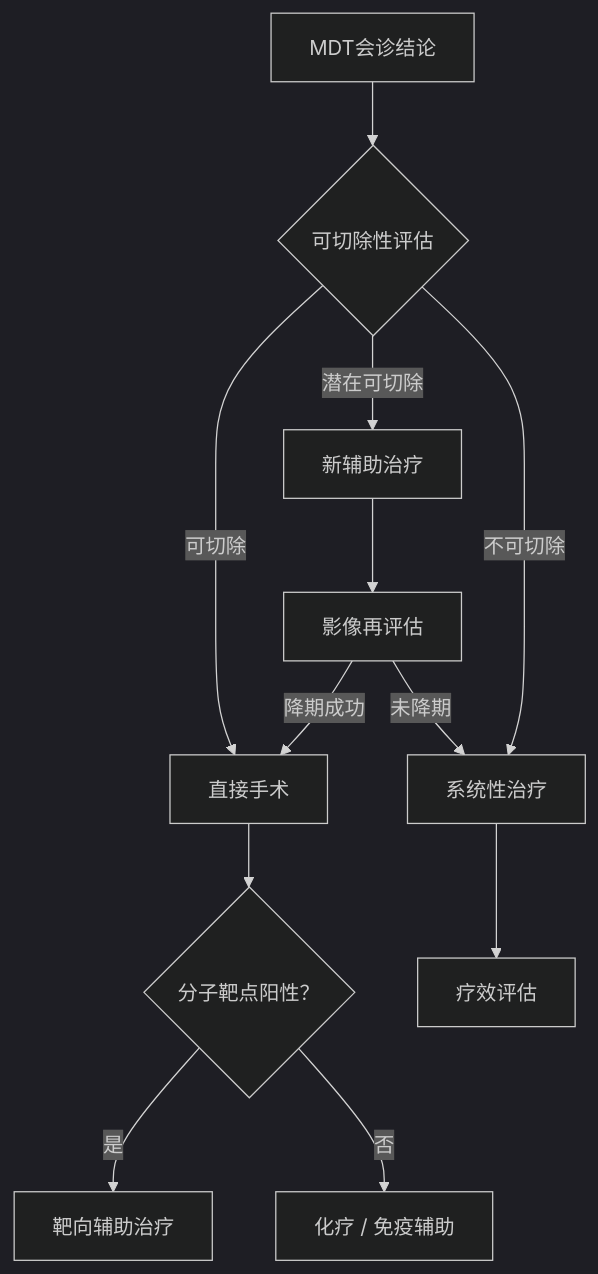
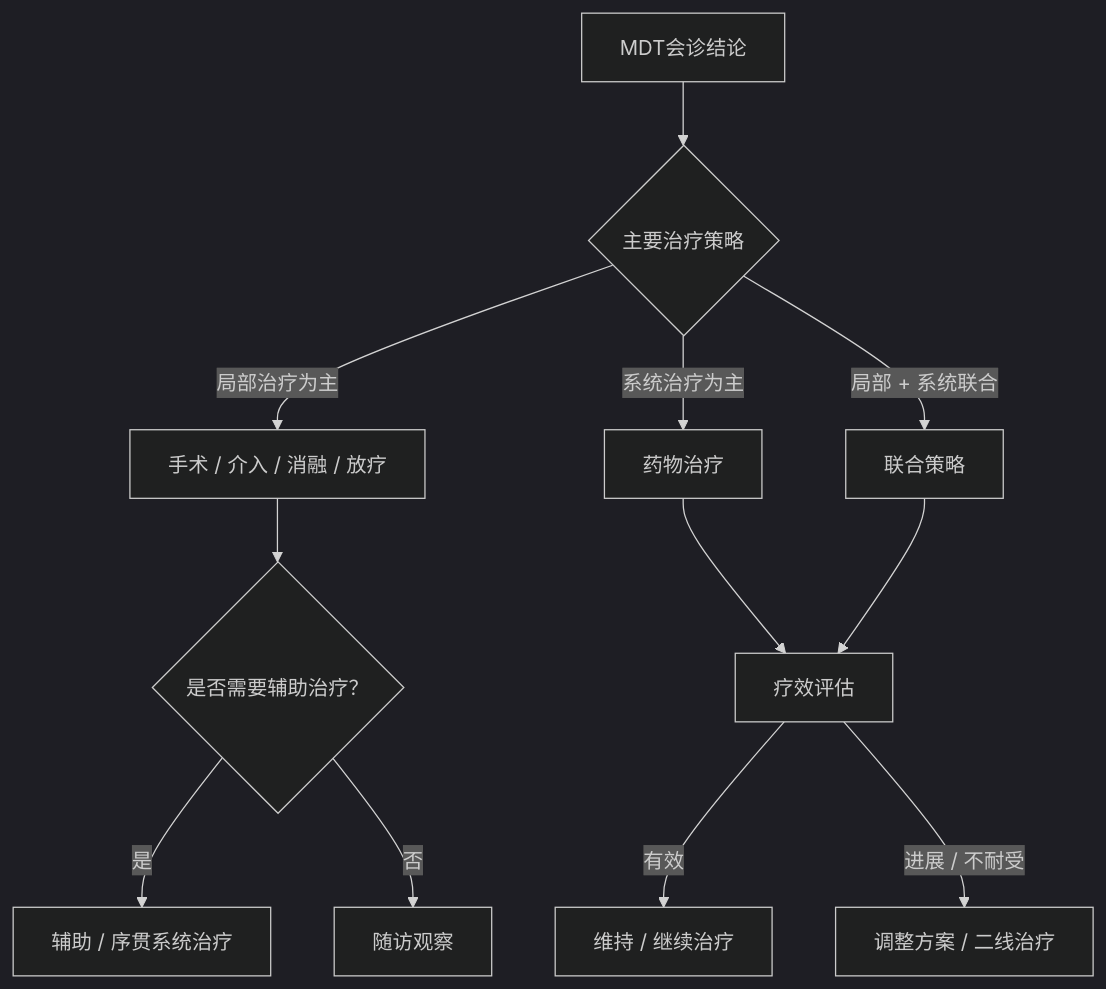
The first of 2 diagrams in prompts/coordinator_synthesis.md (xhyccc/MDTAgents), drawn with Mermaid (dark theme) before and after one commit. The commit also changed other lines of this file and 11 other files, not shown here.

````diff
--- a/prompts/coordinator_synthesis.md
+++ b/prompts/coordinator_synthesis.md
@@ -98,14 +102,14 @@
 ```mermaid
 flowchart TD
-    A[MDT会诊结论] --> B{可切除性评估}
-    B -->|可切除| C[直接手术]
-    B -->|潜在可切除| D[新辅助治疗]
-    B -->|不可切除| E[系统性治疗]
-    C --> F{分子靶点阳性？}
-    F -->|是| G[靶向辅助治疗]
-    F -->|否| H[化疗 / 免疫辅助]
-    D --> I[影像再评估]
-    I -->|降期成功| C
-    I -->|未降期| E
-    E --> J[疗效评估]
+    A[MDT会诊结论] --> B{主要治疗策略}
+    B -->|局部治疗为主| C[手术 / 介入 / 消融 / 放疗]
+    B -->|系统治疗为主| D[药物治疗]
+    B -->|局部 + 系统联合| E[联合策略]
+    C --> F{是否需要辅助治疗？}
+    F -->|是| G[辅助 / 序贯系统治疗]
+    F -->|否| H[随访观察]
+    D --> I[疗效评估]
+    I -->|有效| J[维持 / 继续治疗]
+    I -->|进展 / 不耐受| K[调整方案 / 二线治疗]
+    E --> I
 ```
````
